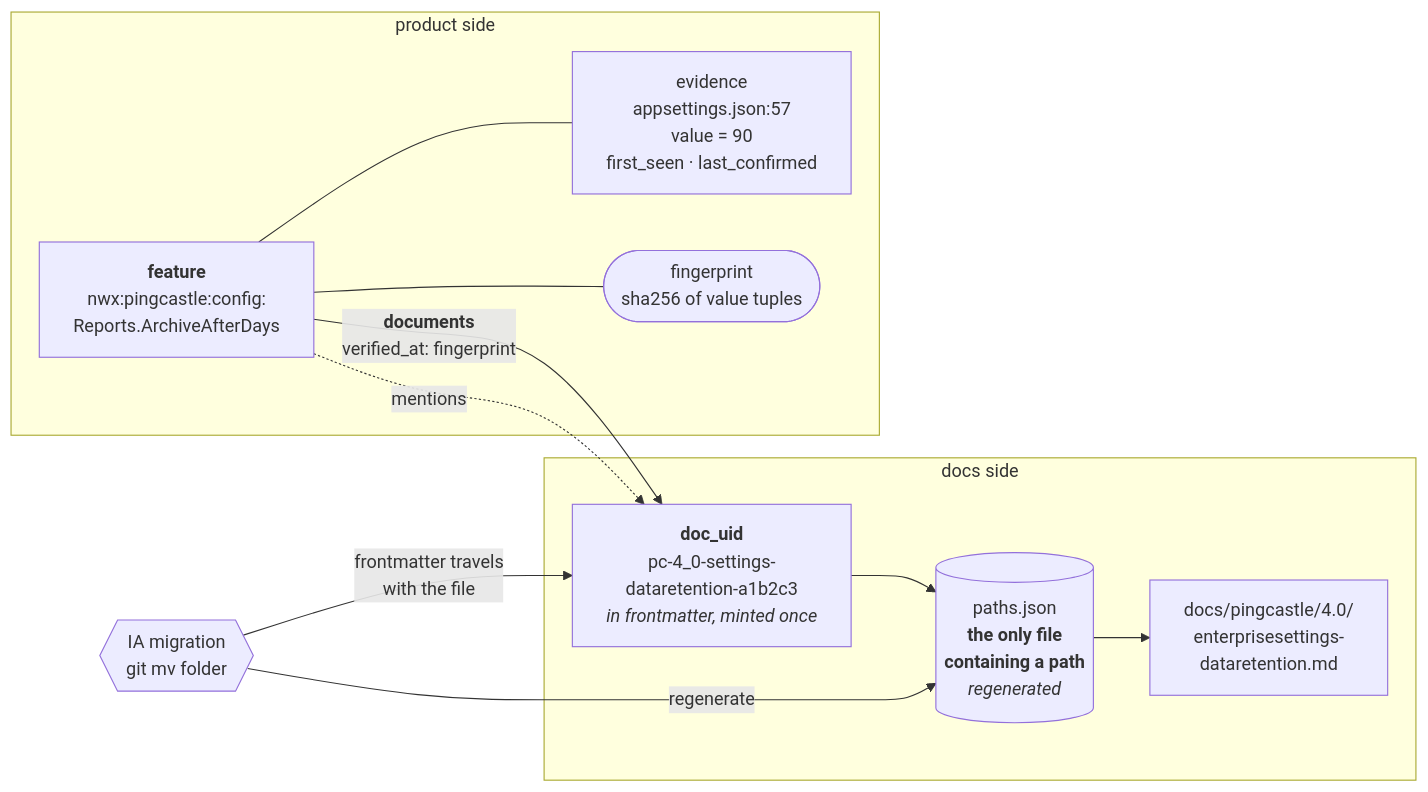
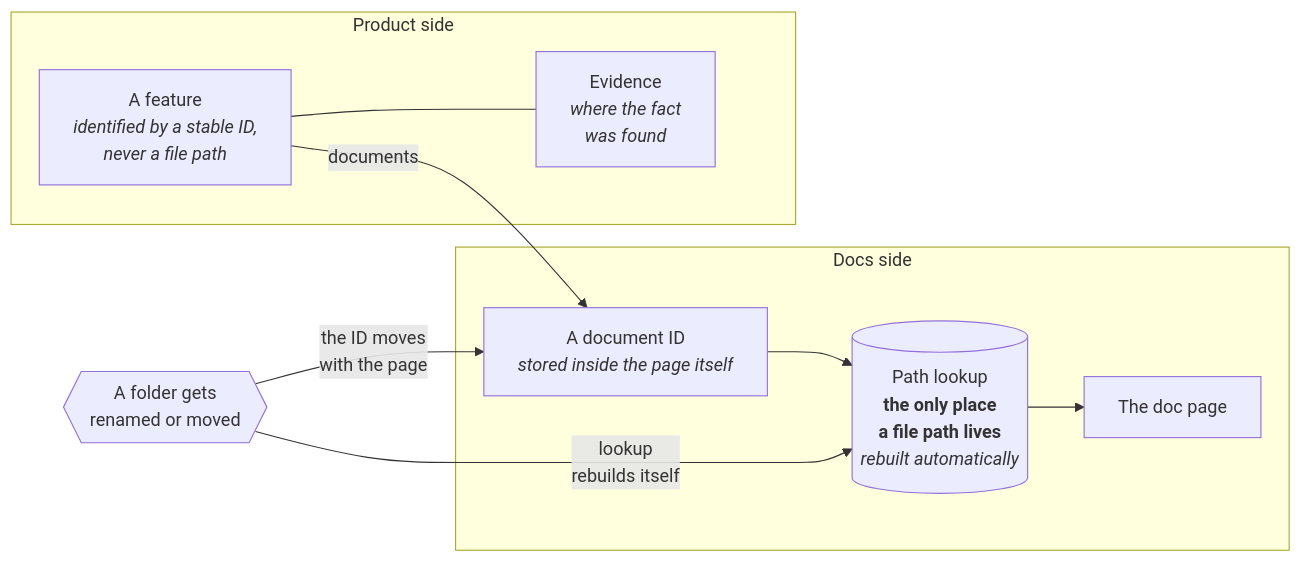
The fourth of 7 diagrams in docsync/xchange-article.md (netwrix/docs), drawn with Mermaid before and after one commit. The commit also changed other lines of this file, not shown here.

````diff
--- a/docsync/xchange-article.md
+++ b/docsync/xchange-article.md
@@ -223,25 +207,22 @@
 ```mermaid
 flowchart LR
-  subgraph P["product side"]
-    F1["<b>feature</b><br/>nwx:pingcastle:config:<br/>Reports.ArchiveAfterDays"]
-    EV["evidence<br/>appsettings.json:57<br/>value = 90<br/>first_seen · last_confirmed"]
-    FP(["fingerprint<br/>sha256 of value tuples"])
+  subgraph P["Product side"]
+    F1["A feature<br/><i>identified by a stable ID,<br/>never a file path</i>"]
+    EV["Evidence<br/><i>where the fact<br/>was found</i>"]
   end
 
-  subgraph D["docs side"]
-    U["<b>doc_uid</b><br/>pc-4_0-settings-<br/>dataretention-a1b2c3<br/><i>in frontmatter, minted once</i>"]
-    PATHS[("paths.json<br/><b>the only file<br/>containing a path</b><br/><i>regenerated</i>")]
-    FILE["docs/pingcastle/4.0/<br/>enterprisesettings-<br/>dataretention.md"]
+  subgraph D["Docs side"]
+    U["A document ID<br/><i>stored inside the page itself</i>"]
+    PATHS[("Path lookup<br/><b>the only place<br/>a file path lives</b><br/><i>rebuilt automatically</i>")]
+    FILE["The doc page"]
   end
 
   F1 --- EV
-  F1 --- FP
-  F1 -- "<b>documents</b><br/>verified_at: fingerprint" --> U
-  F1 -. "mentions" .-> U
+  F1 -- "documents" --> U
   U --> PATHS
   PATHS --> FILE
 
-  RENAME{{"IA migration<br/>git mv folder"}}
-  RENAME -- "frontmatter travels<br/>with the file" --> U
-  RENAME -- "regenerate" --> PATHS
+  RENAME{{"A folder gets<br/>renamed or moved"}}
+  RENAME -- "the ID moves<br/>with the page" --> U
+  RENAME -- "lookup<br/>rebuilds itself" --> PATHS
 ```
````
